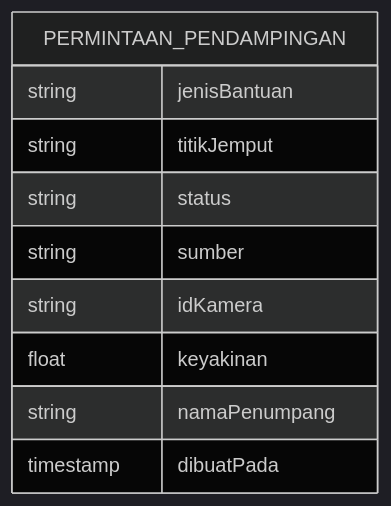
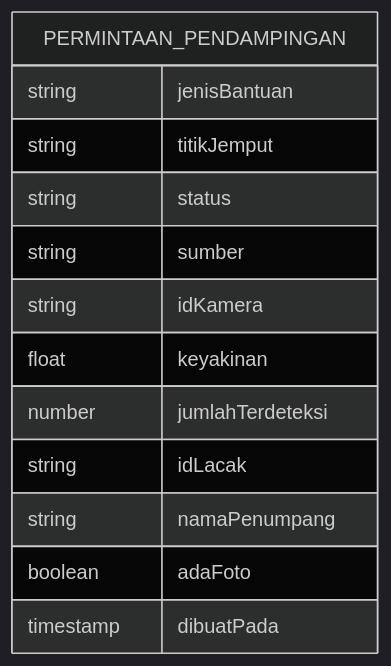
Before and after one commit to rdsarjito/whoosh-ramah: the eighth of 9 diagrams in .qoder/repowiki/en/content/AI Detection System/AI Detection System.md, drawn with Mermaid (dark theme). The commit also changed other lines of this file and 68 other files, not shown here.

````diff
--- a/.qoder/repowiki/en/content/AI Detection System/AI Detection System.md
+++ b/.qoder/repowiki/en/content/AI Detection System/AI Detection System.md
@@ -348,13 +456,16 @@
 ```mermaid
 erDiagram
 PERMINTAAN_PENDAMPINGAN {
 string jenisBantuan
 string titikJemput
 string status
 string sumber
 string idKamera
 float keyakinan
+number jumlahTerdeteksi
+string idLacak
 string namaPenumpang
+boolean adaFoto
 timestamp dibuatPada
 }
 ```
````
